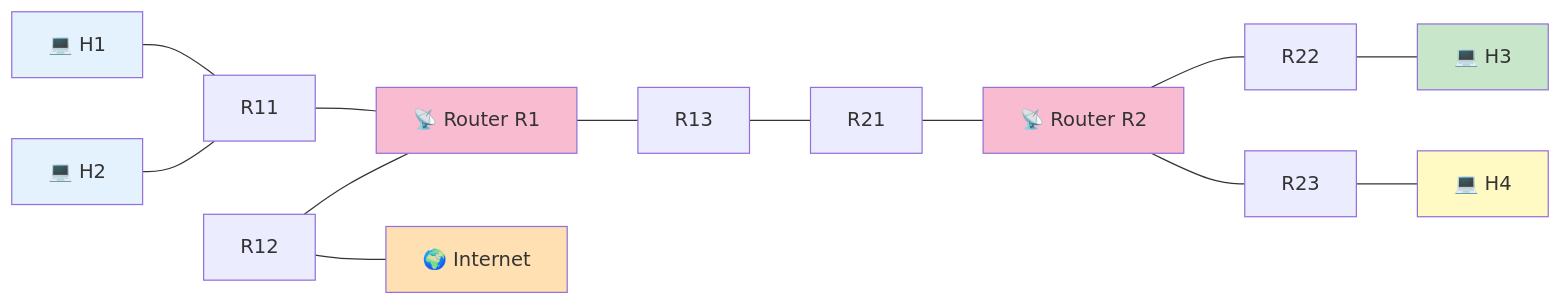
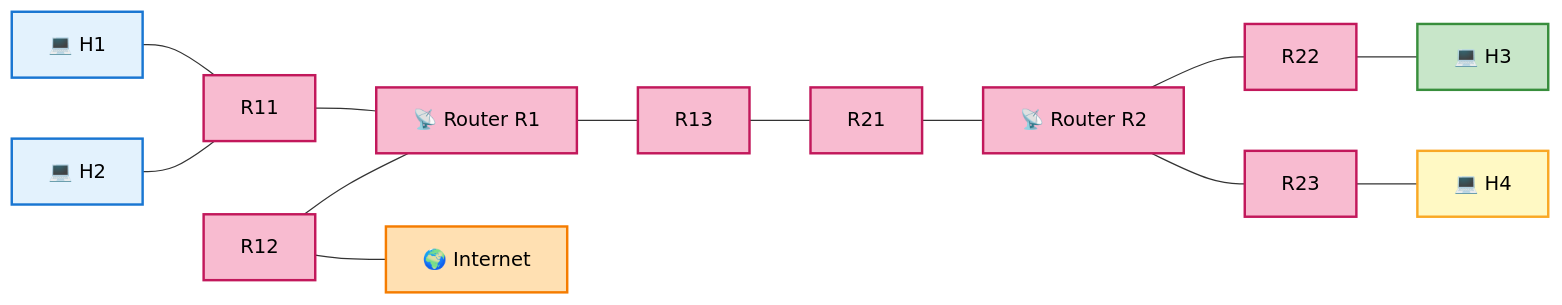
One commit to Tsunanko/netpractice-guide changed the first of 2 diagrams in docs/02-levels/level10.md. Above: the diagram before and after it, drawn with Mermaid. The commit also changed other lines of this file, not shown here.

Commit message:
Add 5-core summary to Level 10 and migrate topology to classDef
Apply the same template to Level 10, the final boss. The 「自由度が低い
= こうするしかない」 insight (already in the abstract-learnings section)
is surfaced upfront so readers don't get scared by the 7 goals.

- New 「🌟 このレベルで腑に落ちる 5 つの核心」 right after the
  「このレベルで身につくこと」 list:
  (1) ⭐ Low-degrees-of-freedom paradox — fixed values constrain
      the answer to one path; this level is actually easy
  (2) Reason from the chain of fixed values (domino-fall)
  (3) ⭐ /0 in Internet routes works here (contrasts with L9 where
      it would create a loop)
  (4) Directly-connected routes are not written
  (5) Final exam: combines mask conversion, subnet boundaries, street
      addresses, next-hop principle, bidirectionality, and route
      aggregation in one problem
- Topology Mermaid migrated to classDef + color:#000 for dark mode

````diff
--- a/docs/02-levels/level10.md
+++ b/docs/02-levels/level10.md
@@ -35,23 +49,27 @@
 ```mermaid
 flowchart LR
     H1[💻 H1] --- R11[R11]
     H2[💻 H2] --- R11
     R11 --- R1[📡 Router R1]
     R12[R12] --- R1
     R12 --- I[🌍 Internet]
     R1 --- R13[R13]
     R13 --- R21[R21]
     R21 --- R2[📡 Router R2]
     R2 --- R22[R22]
     R22 --- H3[💻 H3]
     R2 --- R23[R23]
     R23 --- H4[💻 H4]
 
-    style H1 fill:#E3F2FD
-    style H2 fill:#E3F2FD
-    style H3 fill:#C8E6C9
-    style H4 fill:#FFF9C4
-    style R1 fill:#F8BBD0
-    style R2 fill:#F8BBD0
-    style I fill:#FFE0B2
+    classDef hostH12 fill:#E3F2FD,stroke:#1976D2,color:#000,stroke-width:2px
+    classDef hostH3 fill:#C8E6C9,stroke:#388E3C,color:#000,stroke-width:2px
+    classDef hostH4 fill:#FFF9C4,stroke:#F9A825,color:#000,stroke-width:2px
+    classDef router fill:#F8BBD0,stroke:#C2185B,color:#000,stroke-width:2px
+    classDef internet fill:#FFE0B2,stroke:#F57C00,color:#000,stroke-width:2px
+
+    class H1,H2 hostH12
+    class H3 hostH3
+    class H4 hostH4
+    class R1,R2,R11,R12,R13,R21,R22,R23 router
+    class I internet
 ```
````
